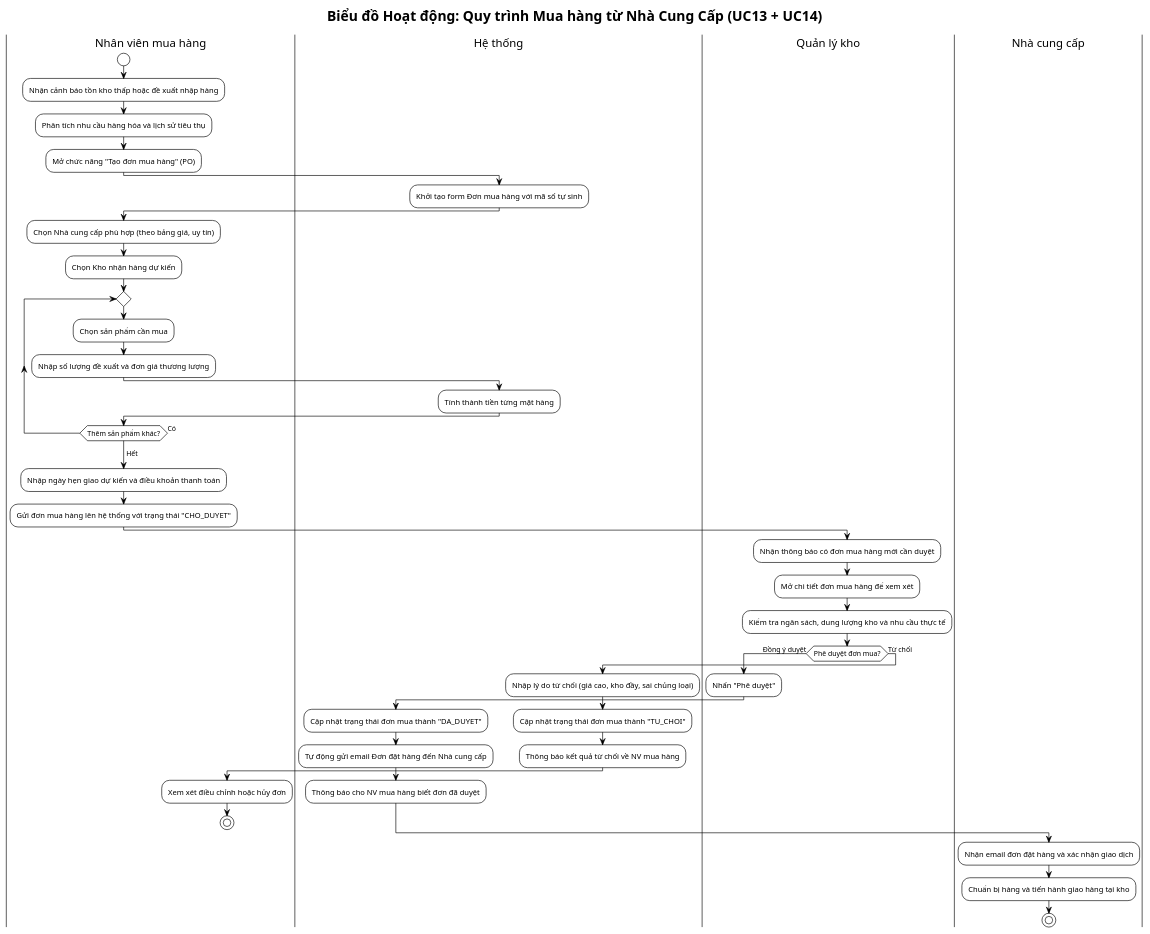
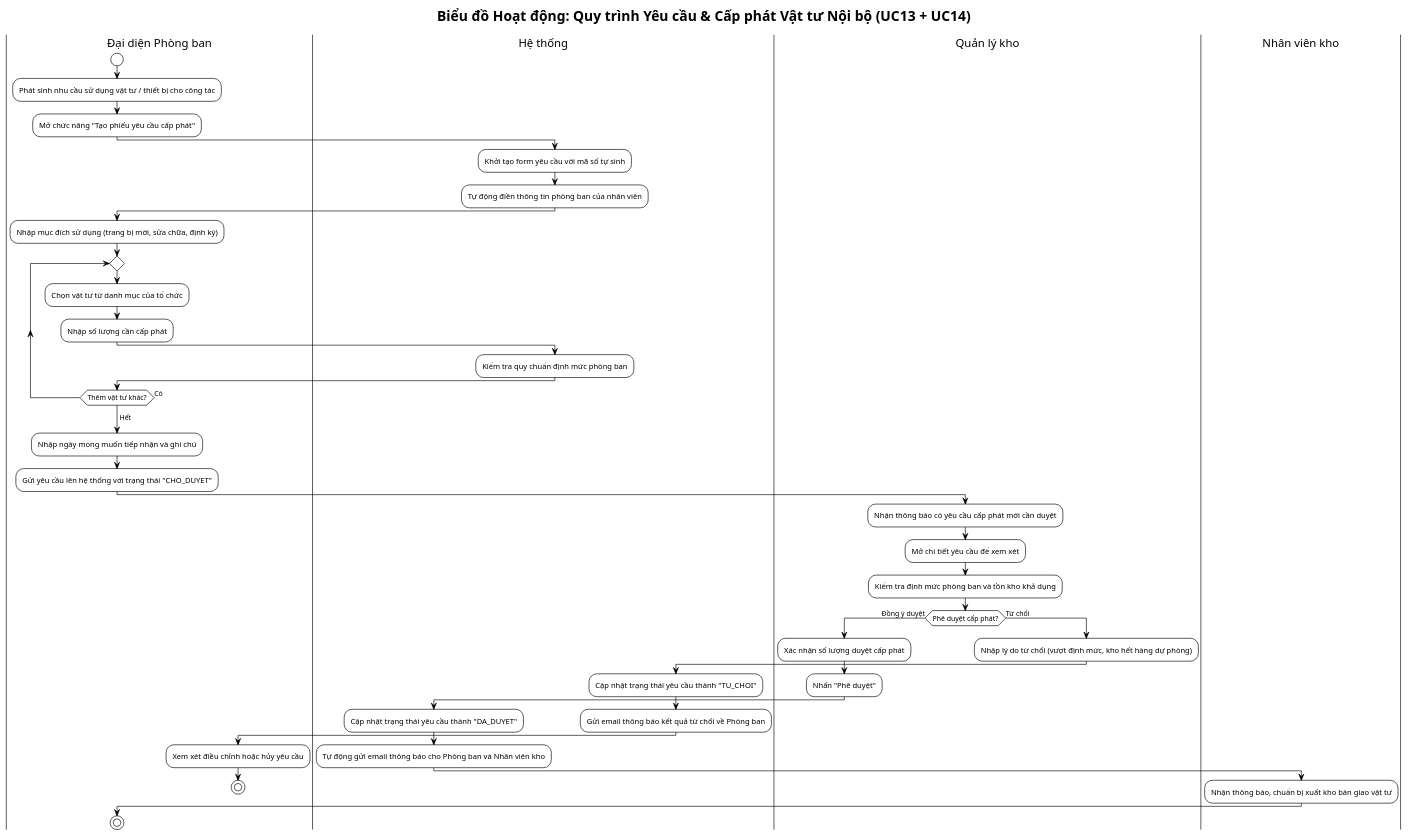
The fourth of 4 diagrams in BTL-QuanLyKhoHang/plantuml/activity-diagrams.puml (vuhoabinh2416137/G8_Quanlysanphamvakhohang), drawn with PlantUML before and after one commit. The commit also changed other lines of this file and 73 other files, not shown here.

Commit message:
refactor: chuyen doi toan bo du an sang Quan ly Kho vat tu noi bo to chuc va bo sung ke hoach phan cong 7 thanh vien

```diff
--- a/BTL-QuanLyKhoHang/plantuml/activity-diagrams.puml
+++ b/BTL-QuanLyKhoHang/plantuml/activity-diagrams.puml
@@ -173,55 +172,54 @@
-@startuml activity-mua-hang
+@startuml activity-yeu-cau-cap-phat
 !theme plain
 skinparam defaultFontName "Arial"
-title Biểu đồ Hoạt động: Quy trình Mua hàng từ Nhà Cung Cấp (UC13 + UC14)
+title Biểu đồ Hoạt động: Quy trình Yêu cầu & Cấp phát Vật tư Nội bộ (UC13 + UC14)
 
-|Nhân viên mua hàng|
+|Đại diện Phòng ban|
 start
-:Nhận cảnh báo tồn kho thấp hoặc đề xuất nhập hàng;
-:Phân tích nhu cầu hàng hóa và lịch sử tiêu thụ;
-:Mở chức năng "Tạo đơn mua hàng" (PO);
+:Phát sinh nhu cầu sử dụng vật tư / thiết bị cho công tác;
+:Mở chức năng "Tạo phiếu yêu cầu cấp phát";
 
 |Hệ thống|
-:Khởi tạo form Đơn mua hàng với mã số tự sinh;
+:Khởi tạo form yêu cầu với mã số tự sinh;
+:Tự động điền thông tin phòng ban của nhân viên;
 
-|Nhân viên mua hàng|
-:Chọn Nhà cung cấp phù hợp (theo bảng giá, uy tín);
-:Chọn Kho nhận hàng dự kiến;
+|Đại diện Phòng ban|
+:Nhập mục đích sử dụng (trang bị mới, sửa chữa, định kỳ);
 repeat
-    :Chọn sản phẩm cần mua;
-    :Nhập số lượng đề xuất và đơn giá thương lượng;
+    :Chọn vật tư từ danh mục của tổ chức;
+    :Nhập số lượng cần cấp phát;
     |Hệ thống|
-    :Tính thành tiền từng mặt hàng;
-    |Nhân viên mua hàng|
-repeat while (Thêm sản phẩm khác?) is (Có)
+    :Kiểm tra quy chuẩn định mức phòng ban;
+    |Đại diện Phòng ban|
+repeat while (Thêm vật tư khác?) is (Có)
 -> Hết;
 
-:Nhập ngày hẹn giao dự kiến và điều khoản thanh toán;
-:Gửi đơn mua hàng lên hệ thống với trạng thái "CHO_DUYET";
+:Nhập ngày mong muốn tiếp nhận và ghi chú;
+:Gửi yêu cầu lên hệ thống với trạng thái "CHO_DUYET";
 
 |Quản lý kho|
-:Nhận thông báo có đơn mua hàng mới cần duyệt;
-:Mở chi tiết đơn mua hàng để xem xét;
-:Kiểm tra ngân sách, dung lượng kho và nhu cầu thực tế;
+:Nhận thông báo có yêu cầu cấp phát mới cần duyệt;
+:Mở chi tiết yêu cầu để xem xét;
+:Kiểm tra định mức phòng ban và tồn kho khả dụng;
 
-if (Phê duyệt đơn mua?) then (Đồng ý duyệt)
+if (Phê duyệt cấp phát?) then (Đồng ý duyệt)
+    :Xác nhận số lượng duyệt cấp phát;
     :Nhấn "Phê duyệt";
     |Hệ thống|
-    :Cập nhật trạng thái đơn mua thành "DA_DUYET";
-    :Tự động gửi email Đơn đặt hàng đến Nhà cung cấp;
-    :Thông báo cho NV mua hàng biết đơn đã duyệt;
+    :Cập nhật trạng thái yêu cầu thành "DA_DUYET";
+    :Tự động gửi email thông báo cho Phòng ban và Nhân viên kho;
+    |Nhân viên kho|
+    :Nhận thông báo, chuẩn bị xuất kho bàn giao vật tư;
 else (Từ chối)
-    :Nhập lý do từ chối (giá cao, kho đầy, sai chủng loại);
+    |Quản lý kho|
+    :Nhập lý do từ chối (vượt định mức, kho hết hàng dự phòng);
     |Hệ thống|
-    :Cập nhật trạng thái đơn mua thành "TU_CHOI";
-    :Thông báo kết quả từ chối về NV mua hàng;
-    |Nhân viên mua hàng|
-    :Xem xét điều chỉnh hoặc hủy đơn;
+    :Cập nhật trạng thái yêu cầu thành "TU_CHOI";
+    :Gửi email thông báo kết quả từ chối về Phòng ban;
+    |Đại diện Phòng ban|
+    :Xem xét điều chỉnh hoặc hủy yêu cầu;
     stop
 endif
 
-|Nhà cung cấp|
-:Nhận email đơn đặt hàng và xác nhận giao dịch;
-:Chuẩn bị hàng và tiến hành giao hàng tại kho;
 stop
 @enduml
```
